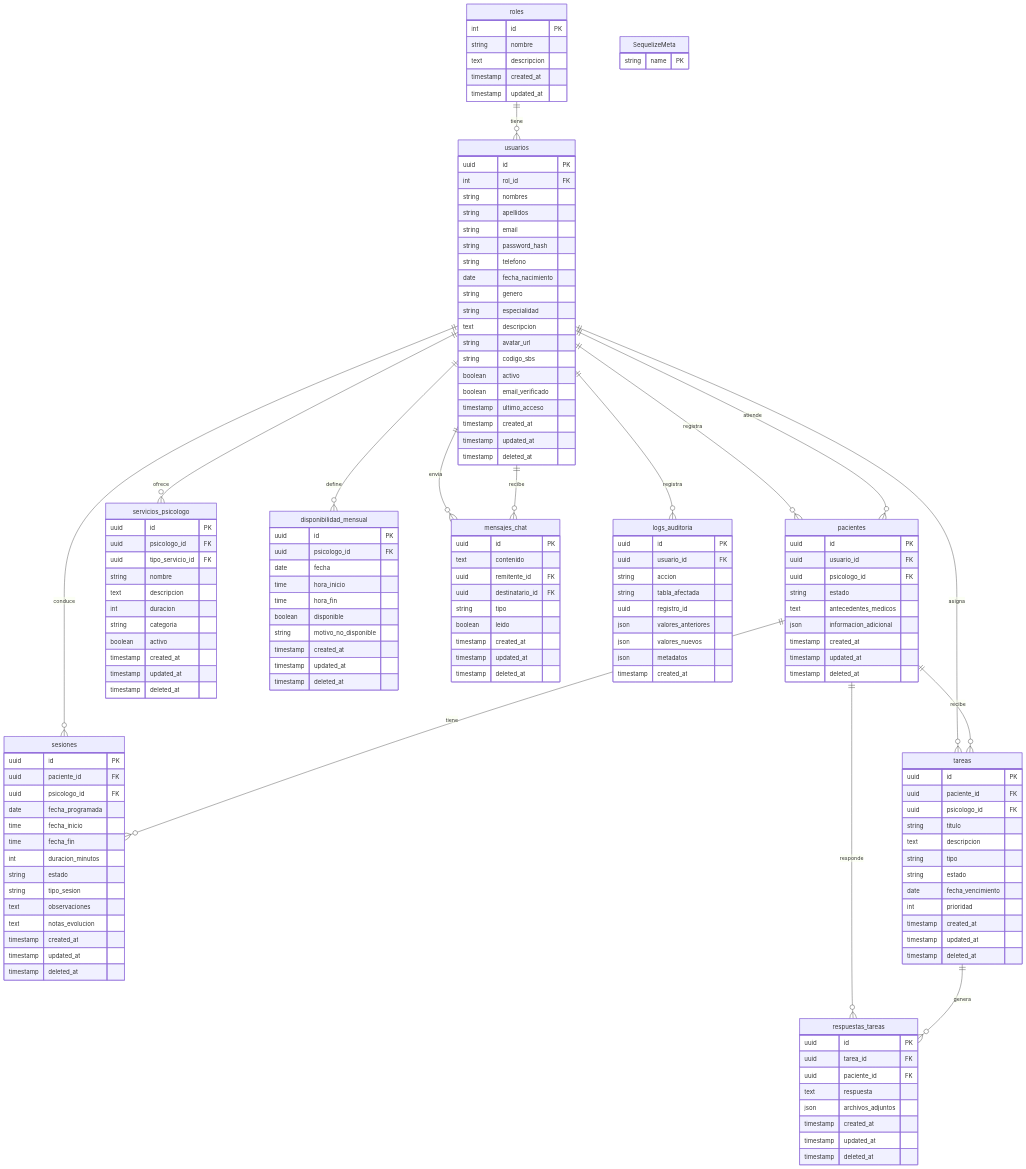
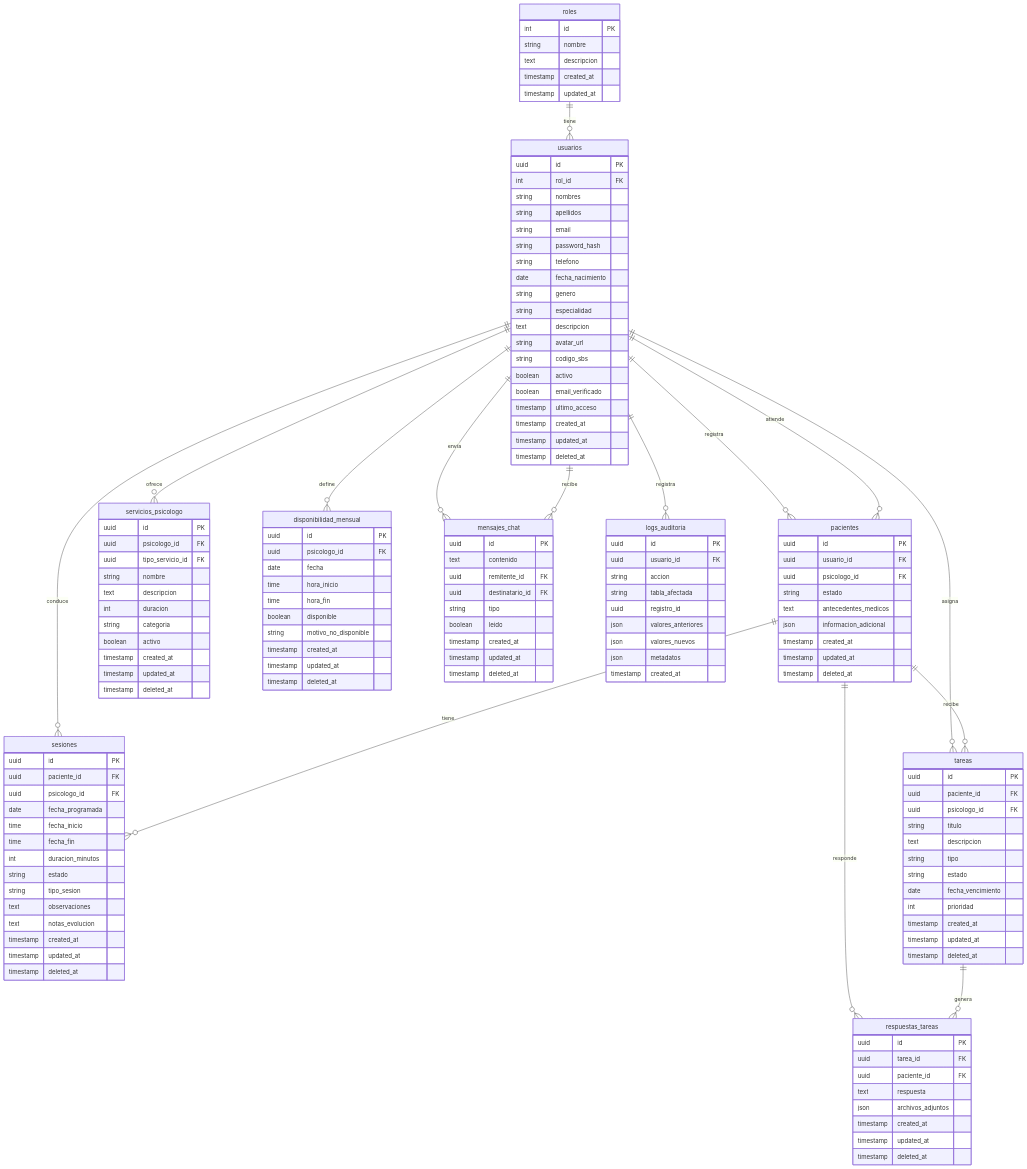
One commit to Svri0/centro-terapeutico-psyche changed the diagram in database-schema.md. Above: the diagram before and after it, drawn with Mermaid. The commit also changed other lines of this file and 6 other files, not shown here.

```diff
--- a/database-schema.md
+++ b/database-schema.md
@@ -140,10 +140,6 @@
         timestamp created_at
     }
 
-    SequelizeMeta {
-        string name PK
-    }
-
     roles ||--o{ usuarios : "tiene"
     usuarios ||--o{ pacientes : "registra"
     usuarios ||--o{ pacientes : "atiende"
```
